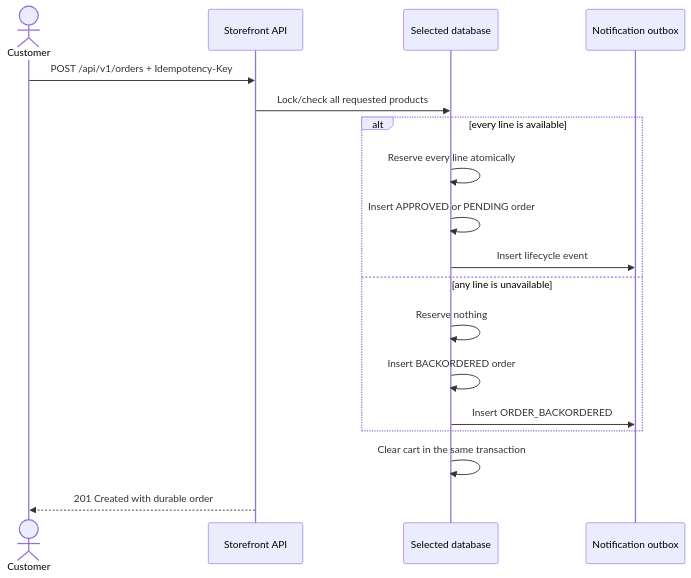
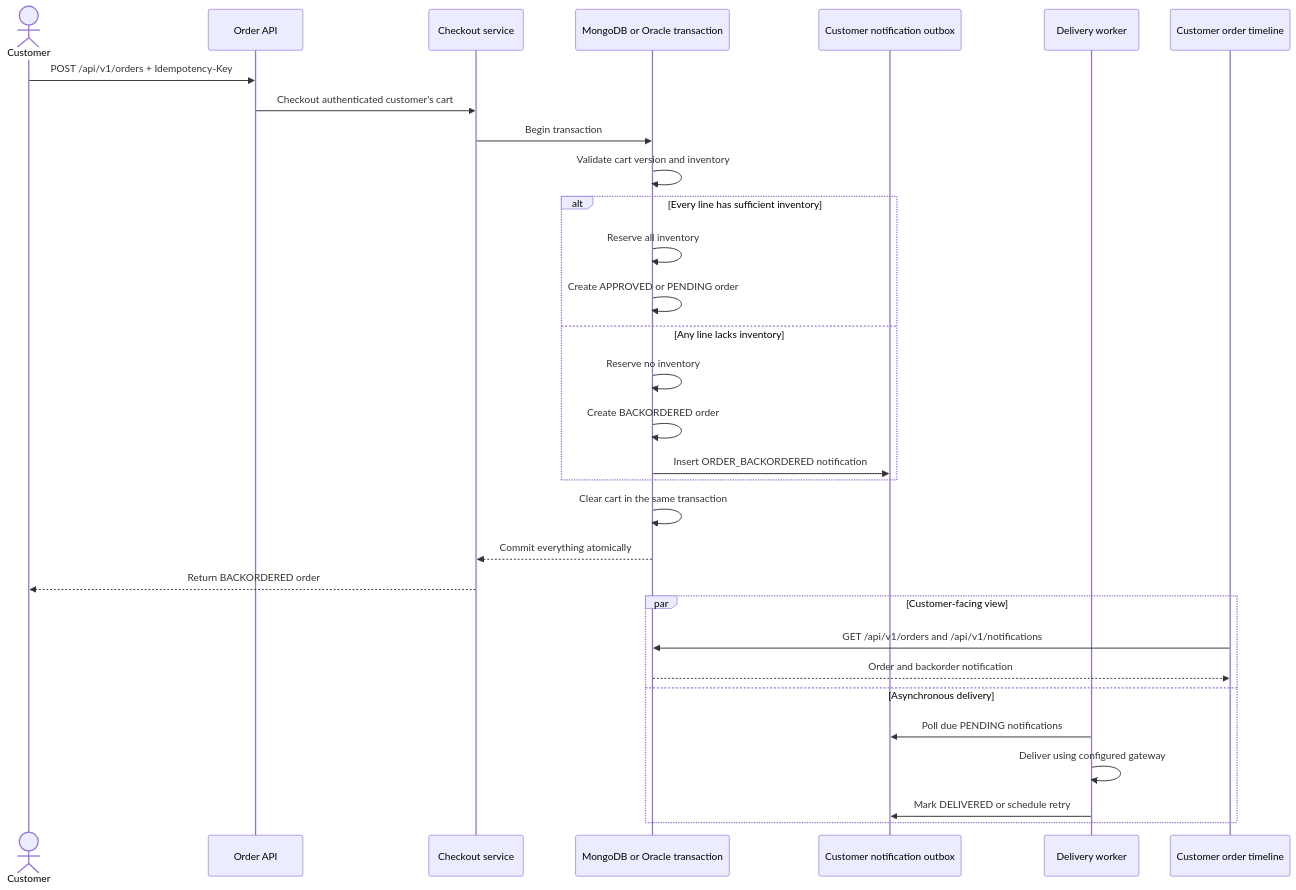
The second of 3 diagrams in docs/feature-backorder-replenishment.md (adityakulraj/petstore-modernized), drawn with Mermaid before and after one commit. The commit also changed other lines of this file and 56 other files, not shown here.

````diff
--- a/docs/feature-backorder-replenishment.md
+++ b/docs/feature-backorder-replenishment.md
@@ -27,21 +27,36 @@
 ```mermaid
 sequenceDiagram
     actor Customer
-    participant API as Storefront API
-    participant DB as Selected database
-    participant Inbox as Notification outbox
+    participant API as Order API
+    participant Checkout as Checkout service
+    participant DB as MongoDB or Oracle transaction
+    participant Outbox as Customer notification outbox
+    participant Worker as Delivery worker
+    participant UI as Customer order timeline
 
     Customer->>API: POST /api/v1/orders + Idempotency-Key
-    API->>DB: Lock/check all requested products
-    alt every line is available
-        DB->>DB: Reserve every line atomically
-        DB->>DB: Insert APPROVED or PENDING order
-        DB->>Inbox: Insert lifecycle event
-    else any line is unavailable
-        DB->>DB: Reserve nothing
-        DB->>DB: Insert BACKORDERED order
-        DB->>Inbox: Insert ORDER_BACKORDERED
+    API->>Checkout: Checkout authenticated customer's cart
+    Checkout->>DB: Begin transaction
+    DB->>DB: Validate cart version and inventory
+
+    alt Every line has sufficient inventory
+        DB->>DB: Reserve all inventory
+        DB->>DB: Create APPROVED or PENDING order
+    else Any line lacks inventory
+        DB->>DB: Reserve no inventory
+        DB->>DB: Create BACKORDERED order
+        DB->>Outbox: Insert ORDER_BACKORDERED notification
     end
     DB->>DB: Clear cart in the same transaction
-    API-->>Customer: 201 Created with durable order
+    DB-->>Checkout: Commit everything atomically
+    Checkout-->>Customer: Return BACKORDERED order
+
+    par Customer-facing view
+        UI->>DB: GET /api/v1/orders and /api/v1/notifications
+        DB-->>UI: Order and backorder notification
+    and Asynchronous delivery
+        Worker->>Outbox: Poll due PENDING notifications
+        Worker->>Worker: Deliver using configured gateway
+        Worker->>Outbox: Mark DELIVERED or schedule retry
+    end
 ```
````
